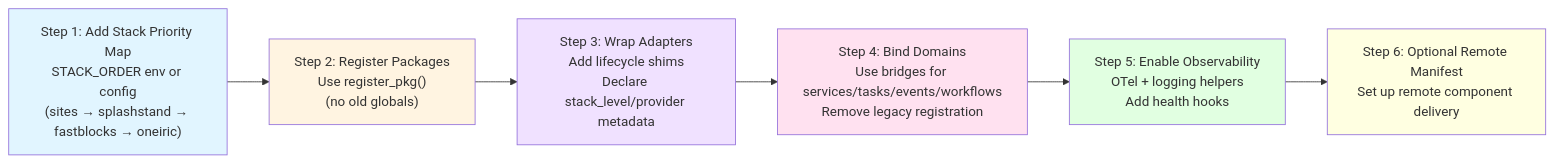
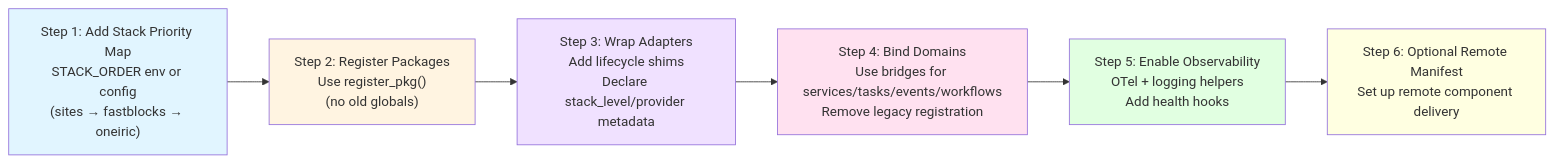
The eighth of 8 diagrams in docs/NEW_ARCH_SPEC.md (lesleslie/oneiric), drawn with Mermaid before and after one commit. The commit also changed other lines of this file and 15 other files, not shown here.

First line of the commit message:
docs(audit-round2): resolve version, test-count, and roadmap drift

````diff
--- a/docs/NEW_ARCH_SPEC.md
+++ b/docs/NEW_ARCH_SPEC.md
@@ -387,18 +387,18 @@
 ```mermaid
-graph LR
-    Step1["Step 1: Add Stack Priority Map<br/>STACK_ORDER env or config<br/>(sites → splashstand → fastblocks → oneiric)"]
+flowchart LR
+    Step1["Step 1: Add Stack Priority Map<br/>STACK_ORDER env or config<br/>(sites → fastblocks → oneiric)"]
     Step2["Step 2: Register Packages<br/>Use register_pkg()<br/>(no old globals)"]
     Step3["Step 3: Wrap Adapters<br/>Add lifecycle shims<br/>Declare stack_level/provider metadata"]
     Step4["Step 4: Bind Domains<br/>Use bridges for services/tasks/events/workflows<br/>Remove legacy registration"]
     Step5["Step 5: Enable Observability<br/>OTel + logging helpers<br/>Add health hooks"]
     Step6["Step 6: Optional Remote Manifest<br/>Set up remote component delivery"]
 
     Step1 --> Step2 --> Step3 --> Step4 --> Step5 --> Step6
 
     style Step1 fill:#e1f5ff
     style Step2 fill:#fff4e1
     style Step3 fill:#f0e1ff
     style Step4 fill:#ffe1f0
     style Step5 fill:#e1ffe1
     style Step6 fill:#ffffe1
 ```
````
